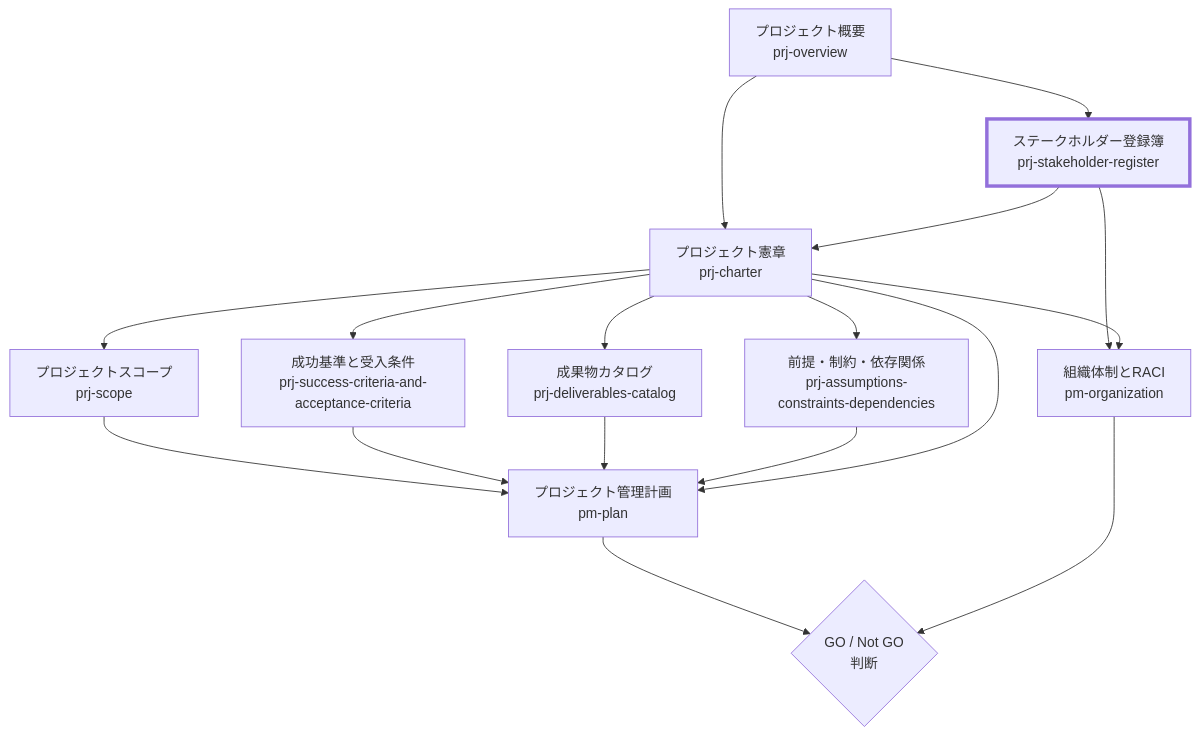
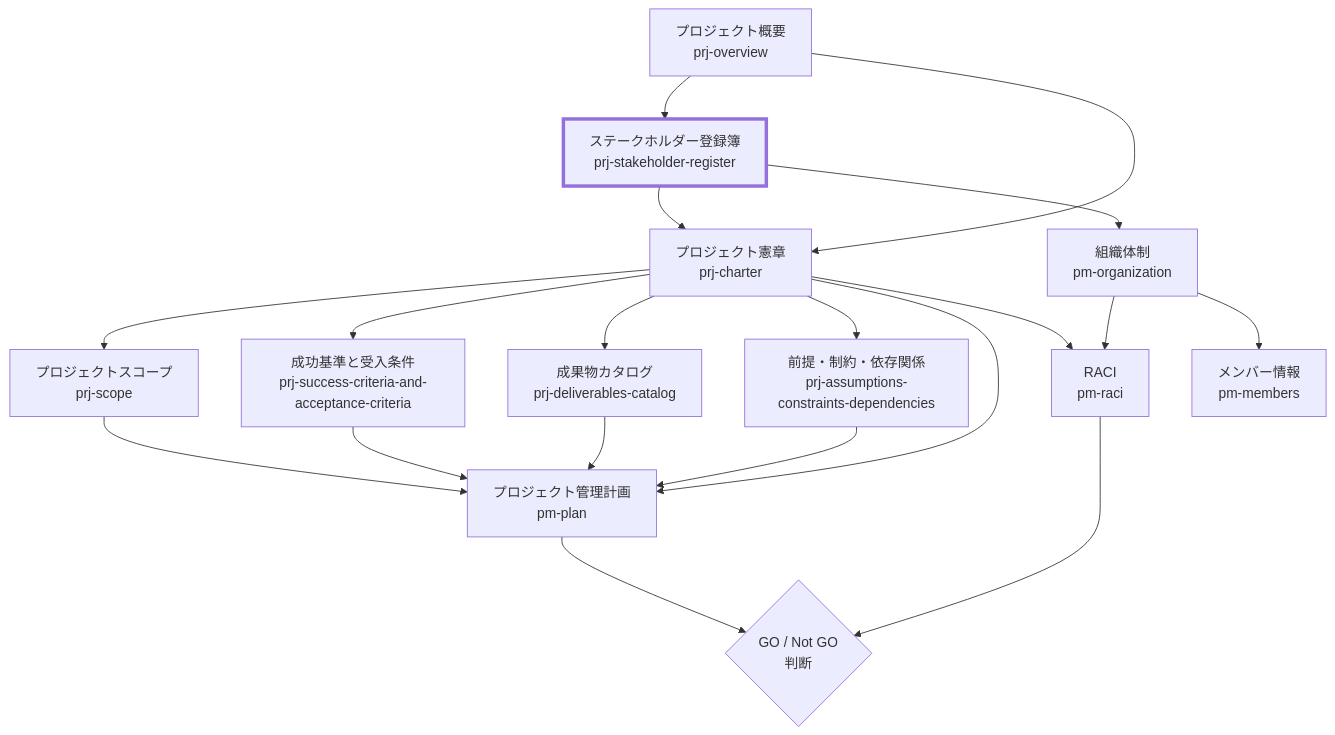
One commit to specdojo/specdojo-handbook changed the diagram in docs/ja/specdojo/rulebooks/prj-stakeholder-register-rulebook.md. Above: the diagram before and after it, drawn with Mermaid. The commit also changed 2 other files, not shown here.

Commit message:
docs: 図の修正

````diff
--- a/docs/ja/specdojo/rulebooks/prj-stakeholder-register-rulebook.md
+++ b/docs/ja/specdojo/rulebooks/prj-stakeholder-register-rulebook.md
@@ -27,39 +27,43 @@
 ```mermaid
 flowchart TD
   POV["プロジェクト概要<br/>prj-overview"]
   SHR["ステークホルダー登録簿<br/>prj-stakeholder-register"]
   PCH["プロジェクト憲章<br/>prj-charter"]
 
   PSC["プロジェクトスコープ<br/>prj-scope"]
   SCA["成功基準と受入条件<br/>prj-success-criteria-and-acceptance-criteria"]
   DVC["成果物カタログ<br/>prj-deliverables-catalog"]
   ACD["前提・制約・依存関係<br/>prj-assumptions-constraints-dependencies"]
 
   PMP["プロジェクト管理計画<br/>pm-plan"]
-  RAC["組織体制とRACI<br/>pm-organization"]
+  ORG["組織体制<br/>pm-organization"]
+  MEM["メンバー情報<br/>pm-members"]
+  RAC["RACI<br/>pm-raci"]
   GNG{"GO / Not GO<br/>判断"}
 
   POV --> SHR
   POV --> PCH
   SHR --> PCH
 
   PCH --> PSC
   PCH --> SCA
   PCH --> DVC
   PCH --> ACD
 
   PSC --> PMP
   SCA --> PMP
   DVC --> PMP
   ACD --> PMP
   PCH --> PMP
 
-  SHR --> RAC
+  SHR --> ORG
+  ORG --> RAC
+  ORG --> MEM
   PCH --> RAC
 
   PMP --> GNG
   RAC --> GNG
 
   classDef target stroke-width:4px
   class SHR target
 ```
````
